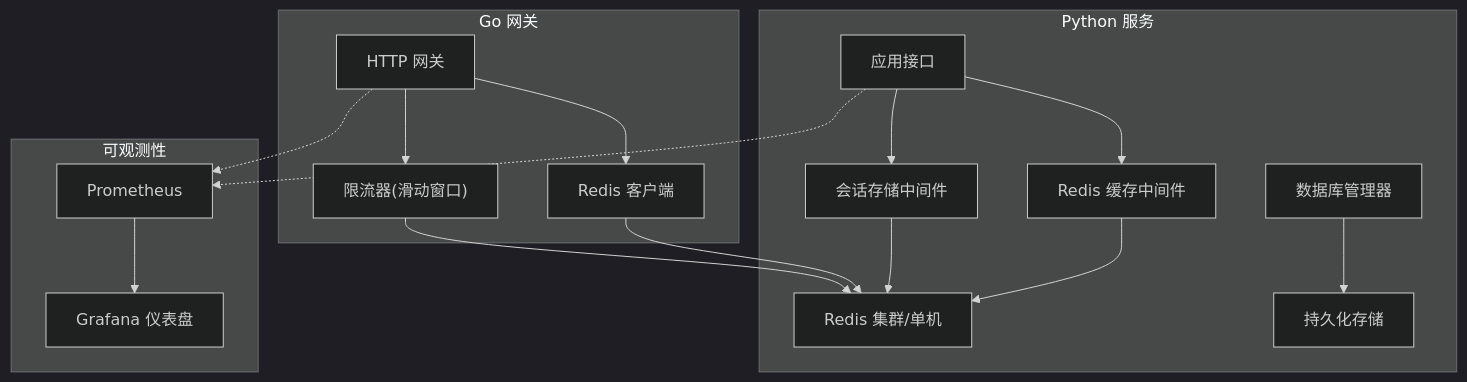
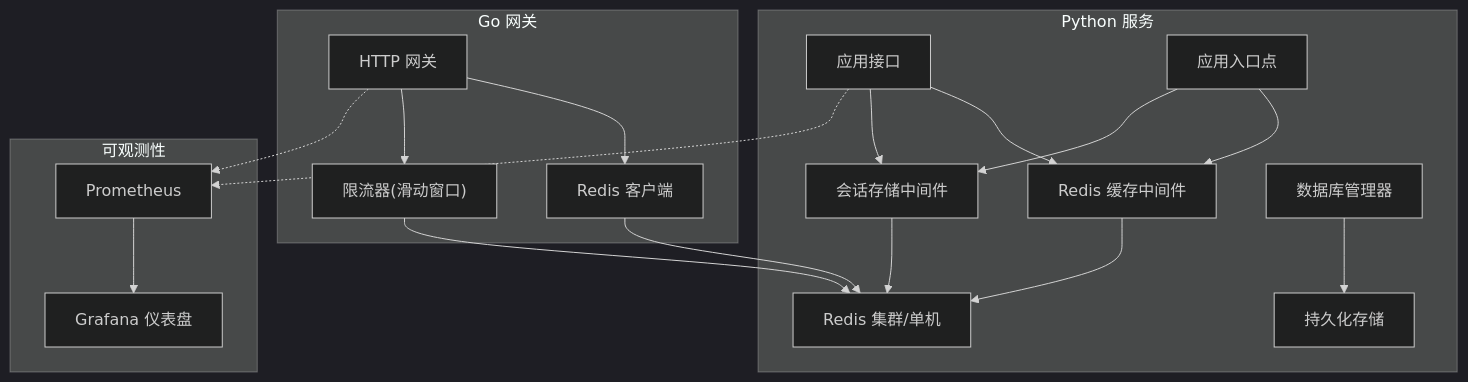
The first of 6 diagrams in .qoder/repowiki/zh/content/架构设计/数据架构设计/缓存层设计.md (zmdhdu/NexusCockpit), drawn with Mermaid (dark theme) before and after one commit. The commit also changed other lines of this file and 16 other files, not shown here.

````diff
--- a/.qoder/repowiki/zh/content/架构设计/数据架构设计/缓存层设计.md
+++ b/.qoder/repowiki/zh/content/架构设计/数据架构设计/缓存层设计.md
@@ -44,21 +54,23 @@
 ```mermaid
 graph TB
 subgraph "Python 服务"
 A["应用接口"] --> B["Redis 缓存中间件"]
 A --> C["会话存储中间件"]
 B --> D["Redis 集群/单机"]
 C --> D
 E["数据库管理器"] --> F["持久化存储"]
+G["应用入口点"] --> B
+G --> C
 end
 subgraph "Go 网关"
-G["HTTP 网关"] --> H["Redis 客户端"]
-G --> I["限流器(滑动窗口)"]
-H --> D
+H["HTTP 网关"] --> I["Redis 客户端"]
+H --> J["限流器(滑动窗口)"]
 I --> D
+J --> D
 end
 subgraph "可观测性"
-J["Prometheus"] --> K["Grafana 仪表盘"]
+K["Prometheus"] --> L["Grafana 仪表盘"]
 end
-A -.-> J
-G -.-> J
+A -.-> K
+H -.-> K
 ```
````
